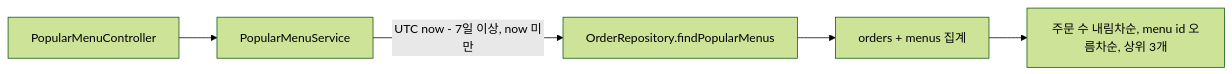
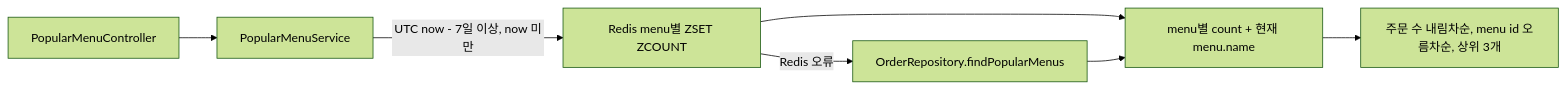
The second of 2 diagrams in ARCHITECTURE.md (beyejin/coffee-order-system), drawn with Mermaid (forest theme) before and after one commit. The commit also changed other lines of this file and 8 other files, not shown here.

````diff
--- a/ARCHITECTURE.md
+++ b/ARCHITECTURE.md
@@ -49,7 +54,9 @@
 ```mermaid
 flowchart LR
     A["PopularMenuController"] --> B["PopularMenuService"]
-    B -->|"UTC now - 7일 이상, now 미만"| C["OrderRepository.findPopularMenus"]
-    C --> D["orders + menus 집계"]
-    D --> E["주문 수 내림차순, menu id 오름차순, 상위 3개"]
+    B -->|"UTC now - 7일 이상, now 미만"| C["Redis menu별 ZSET ZCOUNT"]
+    C -->|"Redis 오류"| D["OrderRepository.findPopularMenus"]
+    C --> E["menu별 count + 현재 menu.name"]
+    D --> E
+    E --> F["주문 수 내림차순, menu id 오름차순, 상위 3개"]
 ```
````
